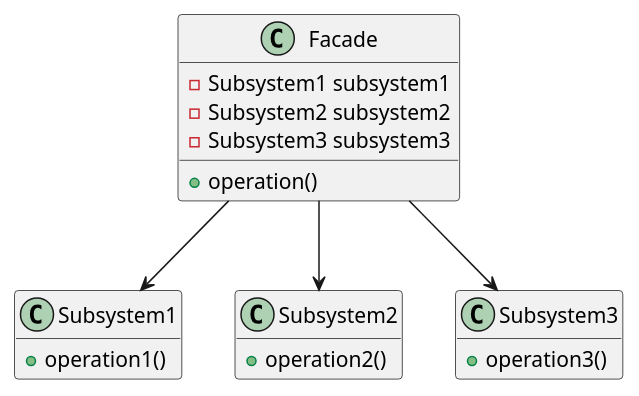
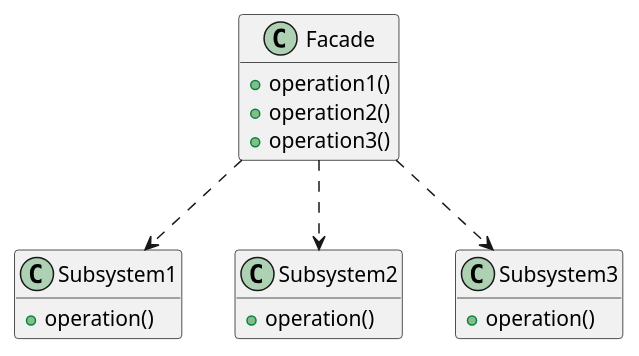
Before and after one commit to 20231-ifba-saj-ads-ppr/blog-material-aula: the ninth of 13 diagrams in posts/framework/GabrielCoffee9.md, drawn with PlantUML. The commit also changed other lines of this file, not shown here.

````diff
--- a/posts/framework/GabrielCoffee9.md
+++ b/posts/framework/GabrielCoffee9.md
@@ -250,30 +1021,29 @@
 ```plantuml
 @startuml
-class Facade {
-    - Subsystem1 subsystem1 
-    - Subsystem2 subsystem2 
-    - Subsystem3 subsystem3 
+class Facade { 
+    + operation1()
+    + operation2()
+    + operation3()
+}
+
+class Subsystem1 {
     + operation()
 }
 
-class Subsystem1 {
-    + operation1()
-}
-
 class Subsystem2 {
-    + operation2()
+    + operation()
 }
 
 class Subsystem3 {
-    + operation3()
+    + operation()
 }
 
-Facade --> Subsystem1
-Facade --> Subsystem2
-Facade --> Subsystem3
+Facade ..> Subsystem1
+Facade ..> Subsystem2
+Facade ..> Subsystem3
 
 hide empty attributes
 hide empty methods
 @enduml
 
 ```
````
